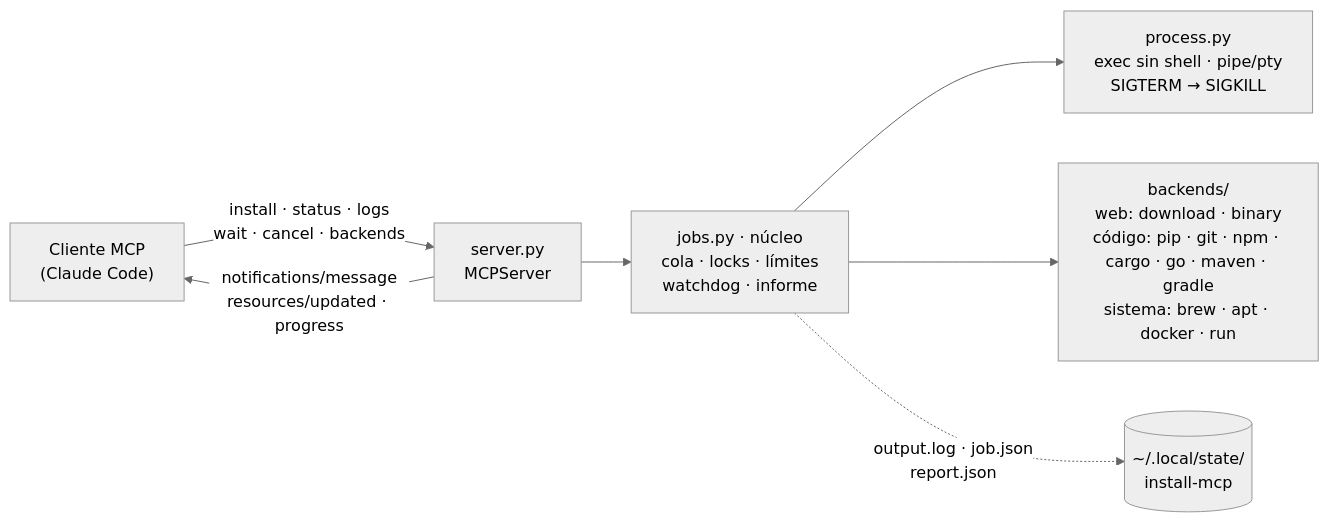
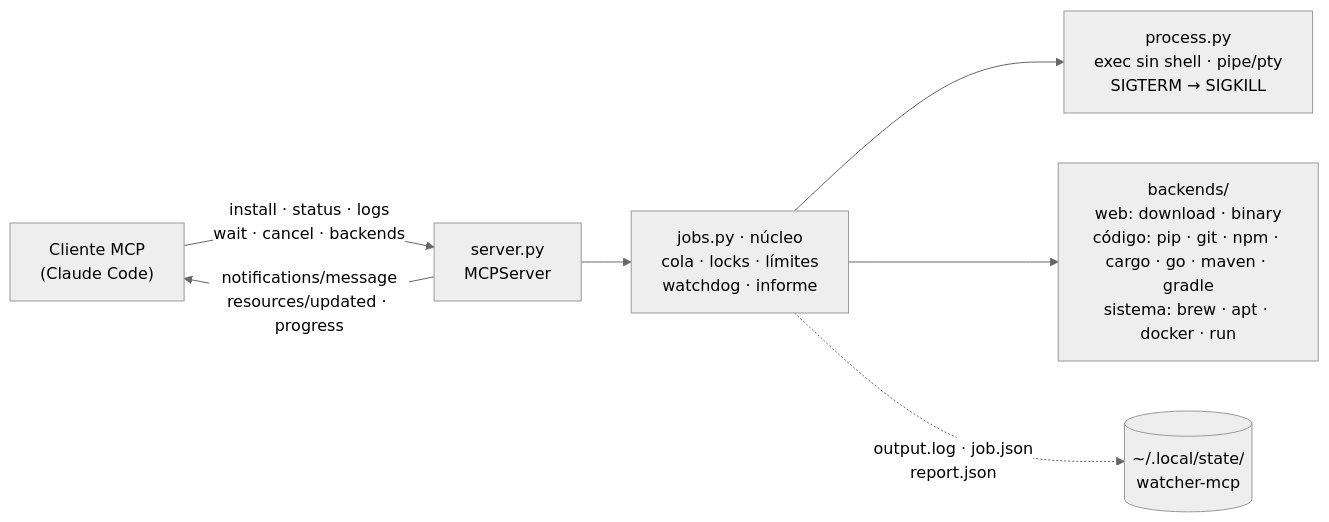
Before and after one commit to Eliaxs1900/install-mcp: the diagram in README.md, drawn with Mermaid (neutral theme). The commit also changed other lines of this file and 51 other files, not shown here.

First line of the commit message:
Renombra install-mcp a watcher-mcp

````diff
--- a/README.md
+++ b/README.md
@@ -117,9 +119,9 @@
 ```mermaid
 flowchart LR
     C["Cliente MCP<br/>(Claude Code)"] -- "install · status · logs<br/>wait · cancel · backends" --> S["server.py<br/>MCPServer"]
     S -- "notifications/message<br/>resources/updated · progress" --> C
     S --> J["jobs.py · núcleo<br/>cola · locks · límites<br/>watchdog · informe"]
     J --> P["process.py<br/>exec sin shell · pipe/pty<br/>SIGTERM → SIGKILL"]
     J --> B["backends/<br/>web: download · binary<br/>código: pip · git · npm · cargo · go · maven · gradle<br/>sistema: brew · apt · docker · run"]
-    J -. "output.log · job.json<br/>report.json" .-> D[("~/.local/state/<br/>install-mcp")]
+    J -. "output.log · job.json<br/>report.json" .-> D[("~/.local/state/<br/>watcher-mcp")]
 ```
````
